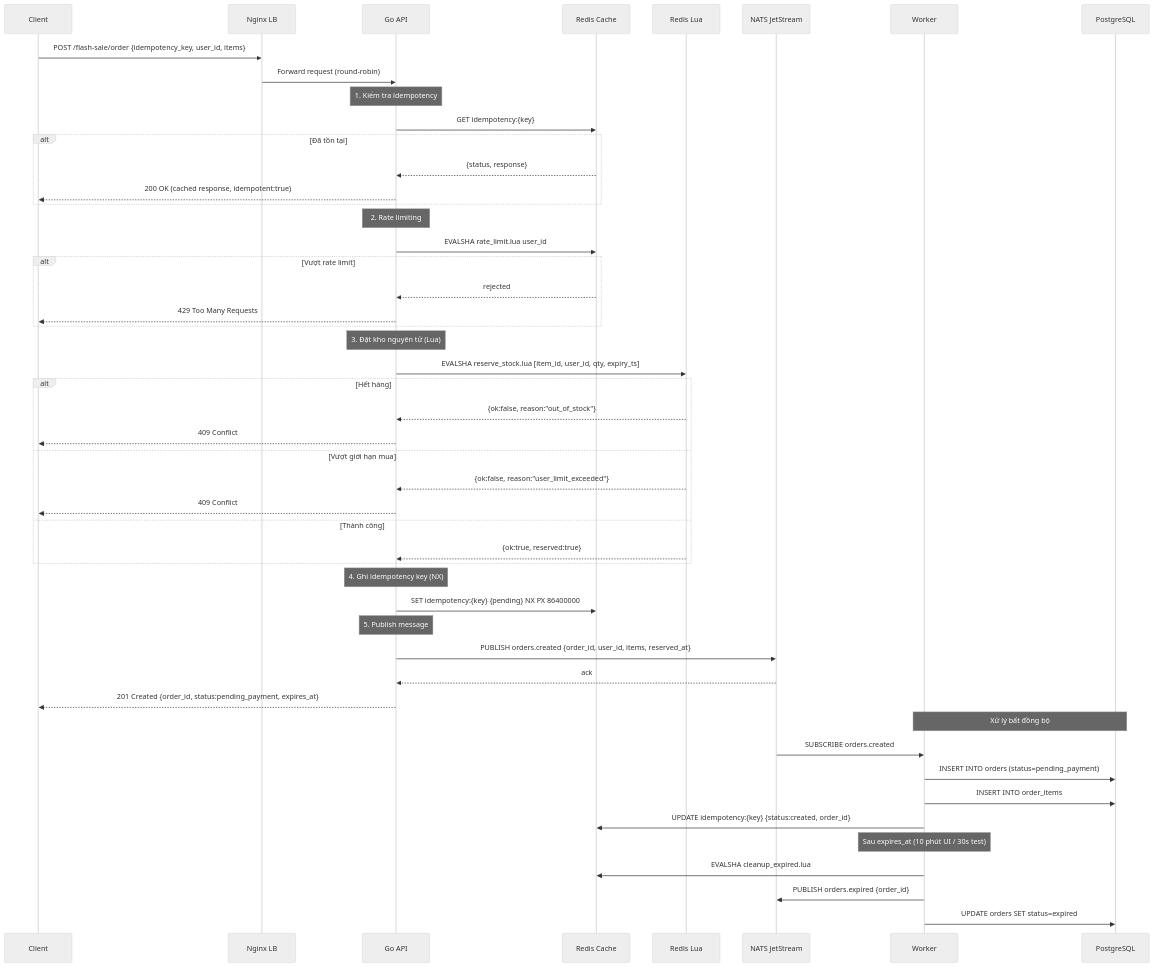
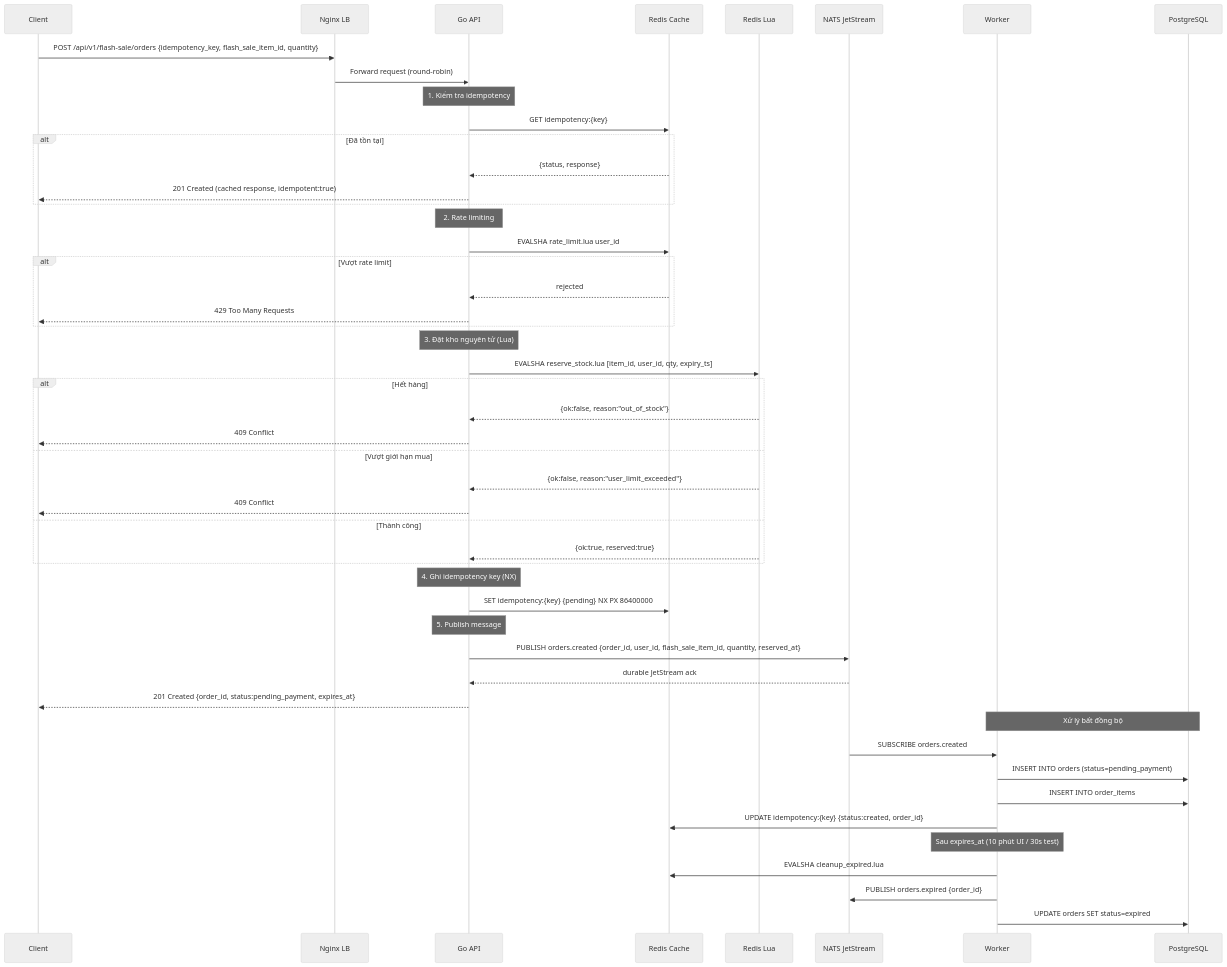
Before and after one commit to TriNgoc2077/ApexStock: the first of 8 diagrams in docs/design/03-api-and-data-flow.md, drawn with Mermaid (neutral theme). The commit also changed other lines of this file and 2 other files, not shown here.

Commit message:
docs: update flash-sale API contracts and initialize implementation ledger and orchestrator agent

````diff
--- a/docs/design/03-api-and-data-flow.md
+++ b/docs/design/03-api-and-data-flow.md
@@ -204,60 +205,60 @@
 ```mermaid
 sequenceDiagram
     participant C as Client
     participant LB as Nginx LB
     participant API as Go API
     participant RC as Redis Cache
     participant RL as Redis Lua
     participant Q as NATS JetStream
     participant W as Worker
     participant DB as PostgreSQL
 
-    C->>LB: POST /flash-sale/order {idempotency_key, user_id, items}
+    C->>LB: POST /api/v1/flash-sale/orders {idempotency_key, flash_sale_item_id, quantity}
     LB->>API: Forward request (round-robin)
 
     Note over API: 1. Kiểm tra idempotency
     API->>RC: GET idempotency:{key}
     alt Đã tồn tại
         RC-->>API: {status, response}
-        API-->>C: 200 OK (cached response, idempotent:true)
+        API-->>C: 201 Created (cached response, idempotent:true)
     end
 
     Note over API: 2. Rate limiting
     API->>RC: EVALSHA rate_limit.lua user_id
     alt Vượt rate limit
         RC-->>API: rejected
         API-->>C: 429 Too Many Requests
     end
 
     Note over API: 3. Đặt kho nguyên tử (Lua)
     API->>RL: EVALSHA reserve_stock.lua [item_id, user_id, qty, expiry_ts]
     alt Hết hàng
         RL-->>API: {ok:false, reason:"out_of_stock"}
         API-->>C: 409 Conflict
     else Vượt giới hạn mua
         RL-->>API: {ok:false, reason:"user_limit_exceeded"}
         API-->>C: 409 Conflict
     else Thành công
         RL-->>API: {ok:true, reserved:true}
     end
 
     Note over API: 4. Ghi idempotency key (NX)
     API->>RC: SET idempotency:{key} {pending} NX PX 86400000
 
     Note over API: 5. Publish message
-    API->>Q: PUBLISH orders.created {order_id, user_id, items, reserved_at}
-    Q-->>API: ack
+    API->>Q: PUBLISH orders.created {order_id, user_id, flash_sale_item_id, quantity, reserved_at}
+    Q-->>API: durable JetStream ack
 
     API-->>C: 201 Created {order_id, status:pending_payment, expires_at}
 
     Note over W,DB: Xử lý bất đồng bộ
     Q->>W: SUBSCRIBE orders.created
     W->>DB: INSERT INTO orders (status=pending_payment)
     W->>DB: INSERT INTO order_items
     W->>RC: UPDATE idempotency:{key} {status:created, order_id}
 
     Note over W: Sau expires_at (10 phút UI / 30s test)
     W->>RC: EVALSHA cleanup_expired.lua
     W->>Q: PUBLISH orders.expired {order_id}
     W->>DB: UPDATE orders SET status=expired
 ```
````
